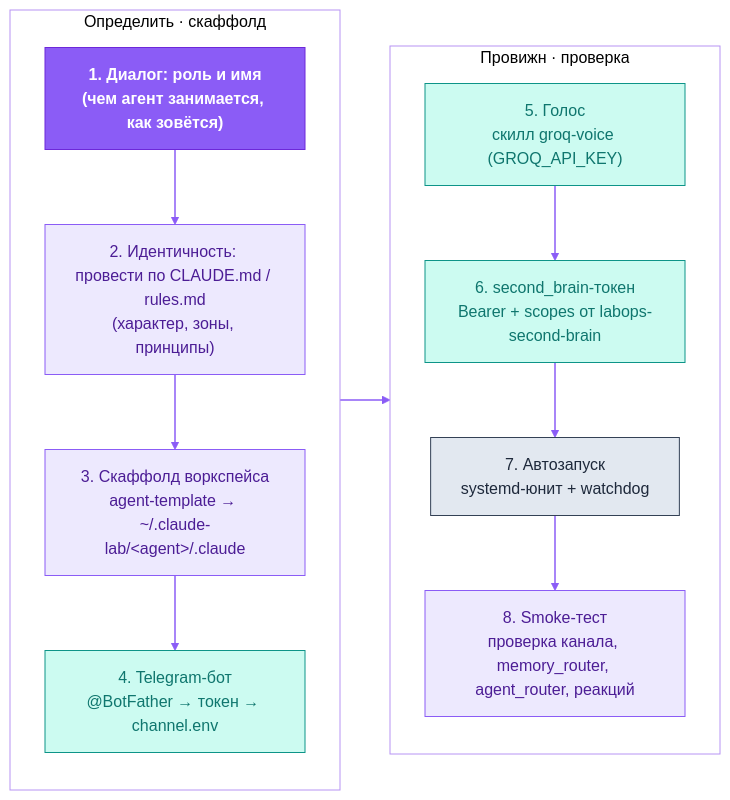
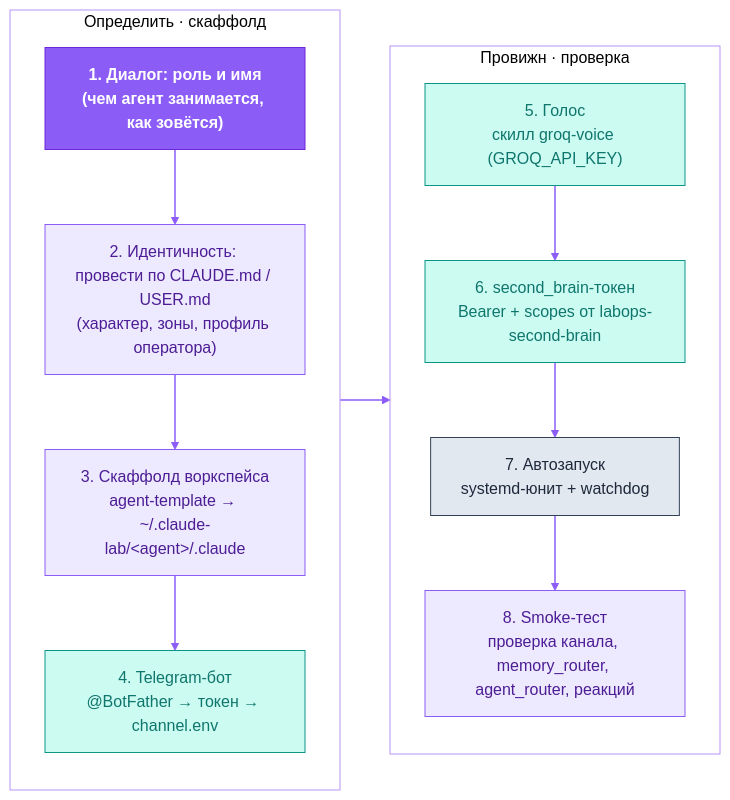
Before and after one commit to dediukhinpa/labops-ai-assistant: the fourth of 4 diagrams in agent-architecture/README.ru.md, drawn with Mermaid. The commit also changed other lines of this file and 31 other files, not shown here.

````diff
--- a/agent-architecture/README.ru.md
+++ b/agent-architecture/README.ru.md
@@ -296,29 +296,29 @@
 ```mermaid
 %%{init: {'theme':'base','themeVariables':{'primaryColor':'#EDE9FE','primaryTextColor':'#4C1D95','primaryBorderColor':'#8B5CF6','lineColor':'#8B5CF6','secondaryColor':'#F1F5F9','tertiaryColor':'#ffffff','clusterBkg':'transparent','clusterBorder':'#B794F4','fontFamily':'Helvetica,Arial,sans-serif'}}}%%
 flowchart LR
   subgraph c1["Определить · скаффолд"]
     direction TB
     S1["1. Диалог: роль и имя<br/>(чем агент занимается, как зовётся)"]
-    S2["2. Идентичность: провести по CLAUDE.md / rules.md<br/>(характер, зоны, принципы)"]
+    S2["2. Идентичность: провести по CLAUDE.md / USER.md<br/>(характер, зоны, профиль оператора)"]
     S3["3. Скаффолд воркспейса<br/>agent-template → ~/.claude-lab/&lt;agent&gt;/.claude"]
     S4["4. Telegram-бот<br/>@BotFather → токен → channel.env"]
     S1 --> S2 --> S3 --> S4
   end
   subgraph c2["Провижн · проверка"]
     direction TB
     S5["5. Голос<br/>скилл groq-voice (GROQ_API_KEY)"]
     S6["6. second_brain-токен<br/>Bearer + scopes от labops-second-brain"]
     S7["7. Автозапуск<br/>systemd-юнит + watchdog"]
     S8["8. Smoke-тест<br/>проверка канала, memory_router, agent_router, реакций"]
     S5 --> S6 --> S7 --> S8
   end
   S4 --> S5
   classDef brand fill:#8B5CF6,stroke:#6D28D9,color:#ffffff,font-weight:bold
   classDef ext fill:#CCFBF1,stroke:#0D9488,color:#0F766E
   classDef store fill:#FEF3C7,stroke:#D97706,color:#92400E
   classDef sys fill:#E2E8F0,stroke:#334155,color:#1E293B
   linkStyle default stroke:#8B5CF6,stroke-width:1.5px
   class S1 brand
   class S4,S5,S6 ext
   class S7 sys
 ```
````
